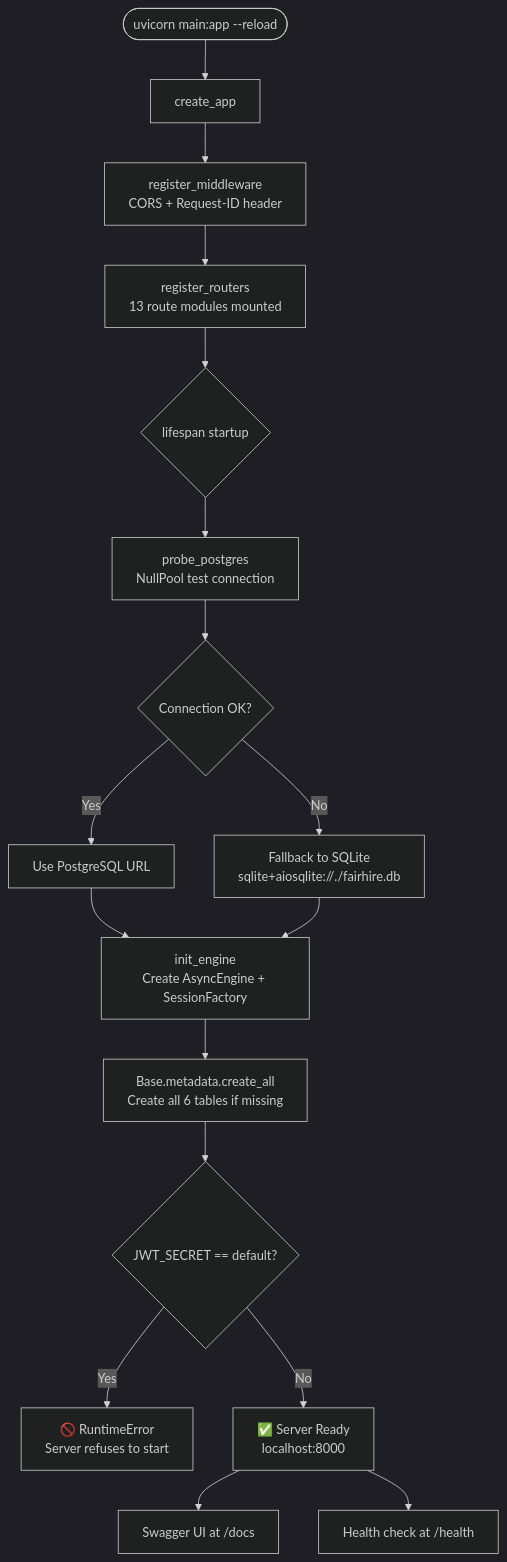
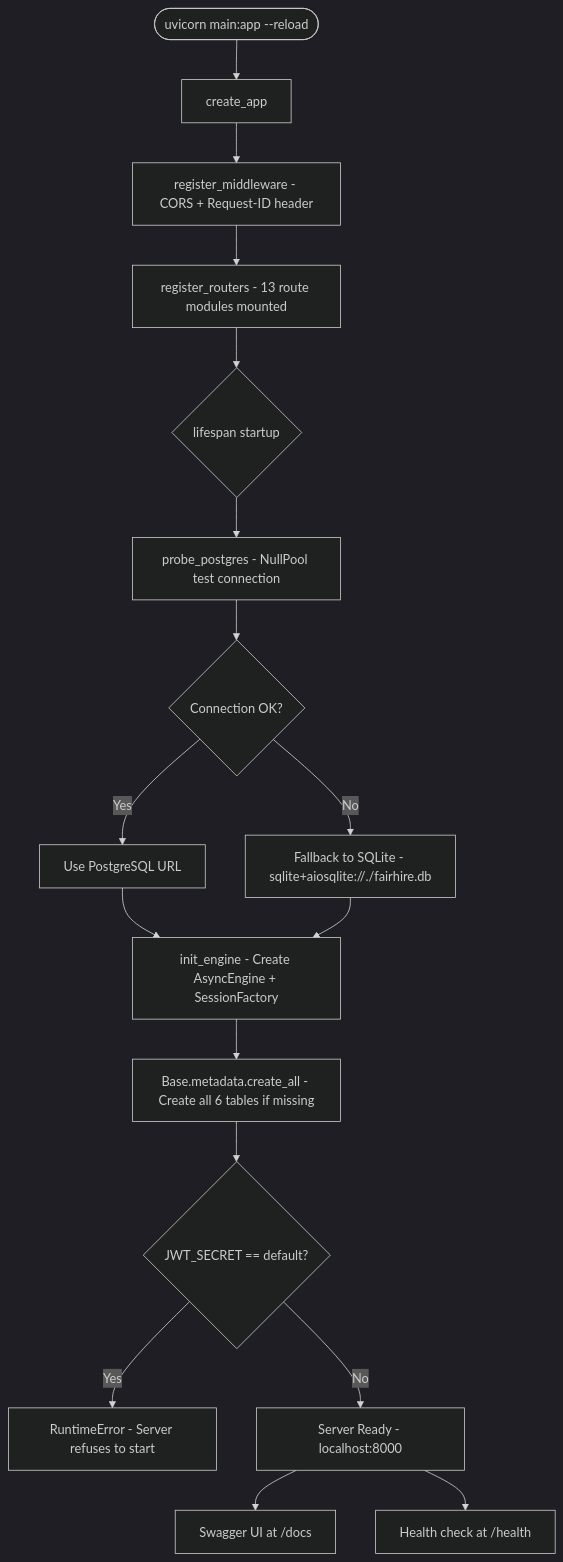
The second of 12 diagrams in FLOWCHARTS.md (Deep841/fairhire-ai), drawn with Mermaid (dark theme) before and after one commit. The commit also changed other lines of this file, not shown here.

Commit message:
fix: Remove all emojis and unicode from flowcharts - plain ASCII only for Mermaid compatibility

````diff
--- a/FLOWCHARTS.md
+++ b/FLOWCHARTS.md
@@ -111,19 +108,19 @@
 ```mermaid
 flowchart TD
     A([uvicorn main:app --reload]) --> B[create_app]
-    B --> C[register_middleware\nCORS + Request-ID header]
-    C --> D[register_routers\n13 route modules mounted]
+    B --> C[register_middleware - CORS + Request-ID header]
+    C --> D[register_routers - 13 route modules mounted]
     D --> E{lifespan startup}
-    E --> F[probe_postgres\nNullPool test connection]
+    E --> F[probe_postgres - NullPool test connection]
     F --> G{Connection OK?}
     G -->|Yes| H[Use PostgreSQL URL]
-    G -->|No| I[Fallback to SQLite\nsqlite+aiosqlite://./fairhire.db]
-    H --> J[init_engine\nCreate AsyncEngine + SessionFactory]
+    G -->|No| I[Fallback to SQLite - sqlite+aiosqlite://./fairhire.db]
+    H --> J[init_engine - Create AsyncEngine + SessionFactory]
     I --> J
-    J --> K[Base.metadata.create_all\nCreate all 6 tables if missing]
+    J --> K[Base.metadata.create_all - Create all 6 tables if missing]
     K --> L{JWT_SECRET == default?}
-    L -->|Yes| M[🚫 RuntimeError\nServer refuses to start]
-    L -->|No| N[✅ Server Ready\nlocalhost:8000]
+    L -->|Yes| M[RuntimeError - Server refuses to start]
+    L -->|No| N[Server Ready - localhost:8000]
     N --> O[Swagger UI at /docs]
     N --> P[Health check at /health]
 ```
````
